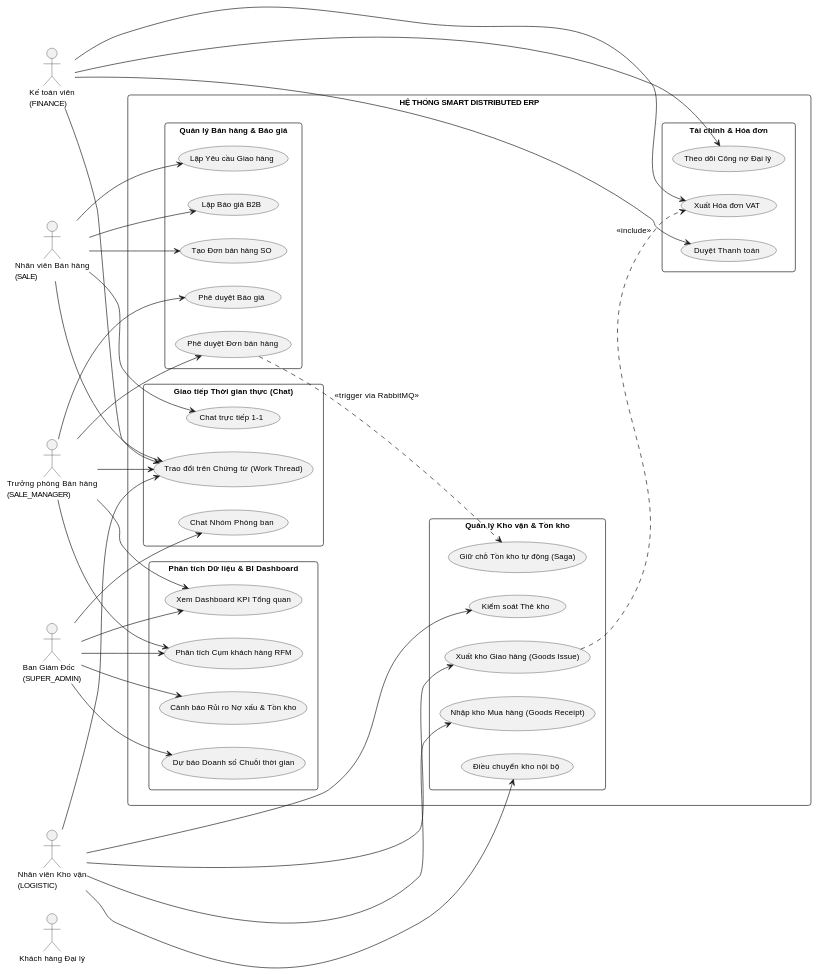
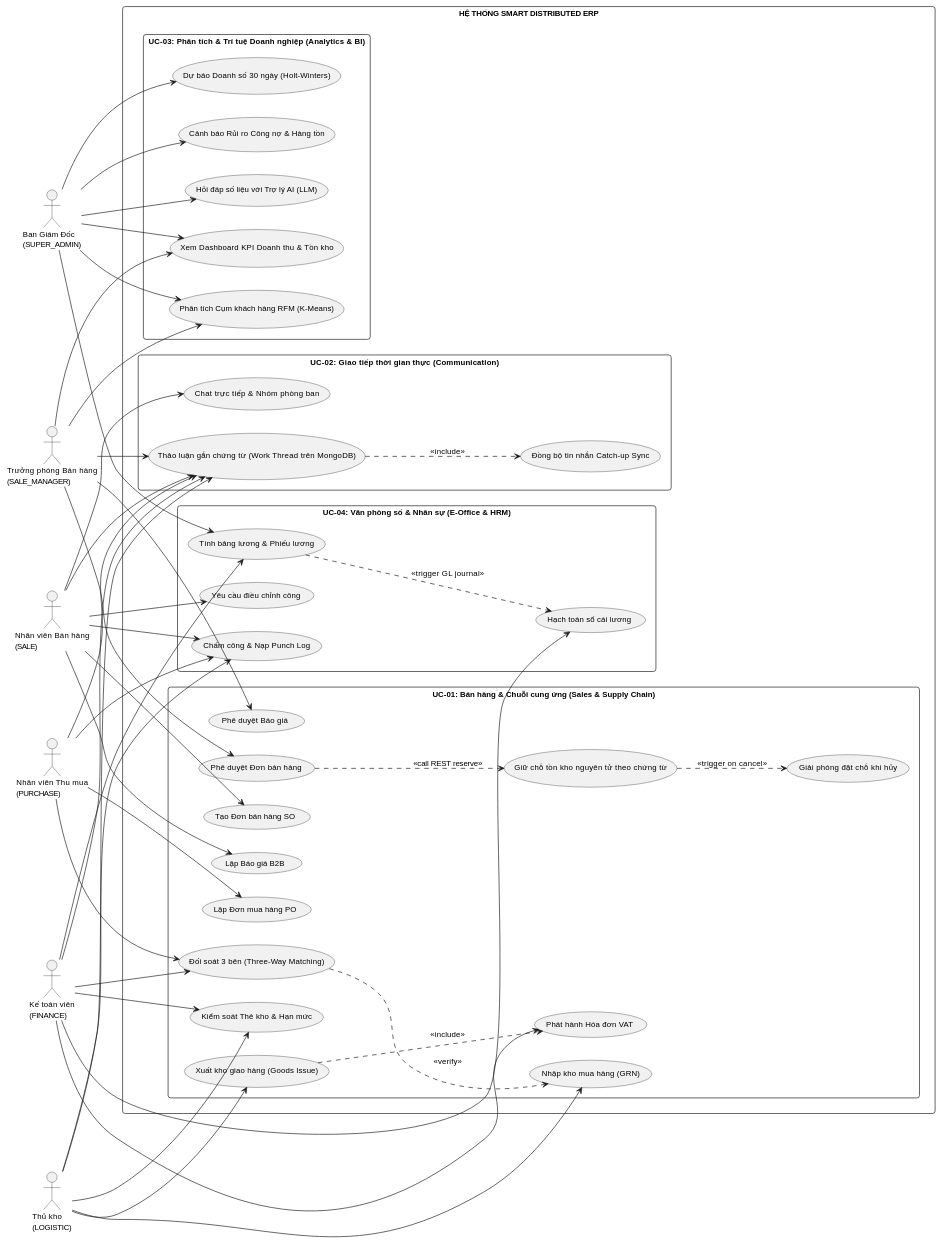
The first of 18 diagrams in docs/bao_cao/02_thiet_ke_va_trien_khai.md (ttung205/smart-erp), drawn with PlantUML before and after one commit. The commit also changed other lines of this file and 31 other files, not shown here.

Commit message:
feat: implement analytics dashboard, AI agent integration, and BI forecasting pipeline

````diff
--- a/docs/bao_cao/02_thiet_ke_va_trien_khai.md
+++ b/docs/bao_cao/02_thiet_ke_va_trien_khai.md
@@ -131,55 +356,57 @@
 skinparam defaultFontName Arial
 skinparam defaultFontSize 12
 
-actor "Khách hàng Đại lý" as Customer
 actor "Nhân viên Bán hàng\n(SALE)" as Saler
 actor "Trưởng phòng Bán hàng\n(SALE_MANAGER)" as SaleMgr
-actor "Nhân viên Kho vận\n(LOGISTIC)" as Logistic
+actor "Nhân viên Thu mua\n(PURCHASE)" as Buyer
+actor "Thủ kho\n(LOGISTIC)" as Logistic
 actor "Kế toán viên\n(FINANCE)" as Accountant
 actor "Ban Giám Đốc\n(SUPER_ADMIN)" as Director
 
 rectangle "HỆ THỐNG SMART DISTRIBUTED ERP" {
-  package "Quản lý Bán hàng & Báo giá" {
+  package "UC-01: Bán hàng & Chuỗi cung ứng (Sales & Supply Chain)" {
     usecase "Lập Báo giá B2B" as UC_Quote
     usecase "Phê duyệt Báo giá" as UC_ApproveQuote
     usecase "Tạo Đơn bán hàng SO" as UC_CreateOrder
     usecase "Phê duyệt Đơn bán hàng" as UC_ApproveOrder
-    usecase "Lập Yêu cầu Giao hàng" as UC_DeliveryReq
+    usecase "Giữ chỗ tồn kho nguyên tử theo chứng từ" as UC_ReserveStock
+    usecase "Giải phóng đặt chỗ khi hủy" as UC_ReleaseStock
+    usecase "Lập Đơn mua hàng PO" as UC_CreatePO
+    usecase "Nhập kho mua hàng (GRN)" as UC_GoodsReceipt
+    usecase "Đối soát 3 bên (Three-Way Matching)" as UC_ThreeWayMatch
+    usecase "Xuất kho giao hàng (Goods Issue)" as UC_GoodsIssue
+    usecase "Phát hành Hóa đơn VAT" as UC_VATInvoice
+    usecase "Kiểm soát Thẻ kho & Hạn mức" as UC_StockCredit
   }
 
-  package "Quản lý Kho vận & Tồn kho" {
-    usecase "Giữ chỗ Tồn kho tự động (Saga)" as UC_ReserveStock
-    usecase "Xuất kho Giao hàng (Goods Issue)" as UC_GoodsIssue
-    usecase "Nhập kho Mua hàng (Goods Receipt)" as UC_GoodsReceipt
-    usecase "Điều chuyển kho nội bộ" as UC_TransferStock
-    usecase "Kiểm soát Thẻ kho" as UC_StockCard
+  package "UC-02: Giao tiếp thời gian thực (Communication)" {
+    usecase "Chat trực tiếp & Nhóm phòng ban" as UC_DirectGroupChat
+    usecase "Thảo luận gắn chứng từ (Work Thread trên MongoDB)" as UC_WorkThread
+    usecase "Đồng bộ tin nhắn Catch-up Sync" as UC_CatchUpSync
   }
 
-  package "Tài chính & Hóa đơn" {
-    usecase "Xuất Hóa đơn VAT" as UC_VATInvoice
-    usecase "Theo dõi Công nợ Đại lý" as UC_Receivable
-    usecase "Duyệt Thanh toán" as UC_ApprovePayment
+  package "UC-03: Phân tích & Trí tuệ Doanh nghiệp (Analytics & BI)" {
+    usecase "Xem Dashboard KPI Doanh thu & Tồn kho" as UC_ViewKPI
+    usecase "Phân tích Cụm khách hàng RFM (K-Means)" as UC_RFMCluster
+    usecase "Dự báo Doanh số 30 ngày (Holt-Winters)" as UC_Forecasting
+    usecase "Cảnh báo Rủi ro Công nợ & Hàng tồn" as UC_RiskRadar
+    usecase "Hỏi đáp số liệu với Trợ lý AI (LLM)" as UC_AIAssistant
   }
 
-  package "Giao tiếp Thời gian thực (Chat)" {
-    usecase "Chat trực tiếp 1-1" as UC_DirectChat
-    usecase "Chat Nhóm Phòng ban" as UC_GroupChat
-    usecase "Trao đổi trên Chứng từ (Work Thread)" as UC_WorkThread
-  }
-
-  package "Phân tích Dữ liệu & BI Dashboard" {
-    usecase "Xem Dashboard KPI Tổng quan" as UC_ViewKPI
-    usecase "Phân tích Cụm khách hàng RFM" as UC_RFMCluster
-    usecase "Dự báo Doanh số Chuỗi thời gian" as UC_Forecasting
-    usecase "Cảnh báo Rủi ro Nợ xấu & Tồn kho" as UC_RiskRadar
+  package "UC-04: Văn phòng số & Nhân sự (E-Office & HRM)" {
+    usecase "Chấm công & Nạp Punch Log" as UC_Punch
+    usecase "Yêu cầu điều chỉnh công" as UC_AttendanceReq
+    usecase "Tính bảng lương & Phiếu lương" as UC_PayrollSlip
+    usecase "Hạch toán sổ cái lương" as UC_PayrollGL
   }
 }
 
 Saler --> UC_Quote
 Saler --> UC_CreateOrder
-Saler --> UC_DeliveryReq
 Saler --> UC_WorkThread
-Saler --> UC_DirectChat
+Saler --> UC_DirectGroupChat
+Saler --> UC_Punch
+Saler --> UC_AttendanceReq
 
 SaleMgr --> UC_ApproveQuote
 SaleMgr --> UC_ApproveOrder
@@ -187,24 +414,36 @@
 SaleMgr --> UC_ViewKPI
 SaleMgr --> UC_RFMCluster
 
+Buyer --> UC_CreatePO
+Buyer --> UC_ThreeWayMatch
+Buyer --> UC_WorkThread
+Buyer --> UC_Punch
+
 Logistic --> UC_GoodsIssue
 Logistic --> UC_GoodsReceipt
-Logistic --> UC_TransferStock
-Logistic --> UC_StockCard
+Logistic --> UC_StockCredit
 Logistic --> UC_WorkThread
+Logistic --> UC_Punch
 
+Accountant --> UC_ThreeWayMatch
 Accountant --> UC_VATInvoice
-Accountant --> UC_Receivable
-Accountant --> UC_ApprovePayment
+Accountant --> UC_StockCredit
 Accountant --> UC_WorkThread
+Accountant --> UC_PayrollSlip
+Accountant --> UC_PayrollGL
 
 Director --> UC_ViewKPI
 Director --> UC_RFMCluster
 Director --> UC_Forecasting
 Director --> UC_RiskRadar
-Director --> UC_GroupChat
+Director --> UC_AIAssistant
+Director --> UC_PayrollSlip
 
-UC_ApproveOrder ..> UC_ReserveStock : <<trigger via RabbitMQ>>
+UC_ApproveOrder ..> UC_ReserveStock : <<call REST reserve>>
+UC_ReserveStock ..> UC_ReleaseStock : <<trigger on cancel>>
+UC_ThreeWayMatch ..> UC_GoodsReceipt : <<verify>>
 UC_GoodsIssue ..> UC_VATInvoice : <<include>>
+UC_WorkThread ..> UC_CatchUpSync : <<include>>
+UC_PayrollSlip ..> UC_PayrollGL : <<trigger GL journal>>
 @enduml
 ```
````
